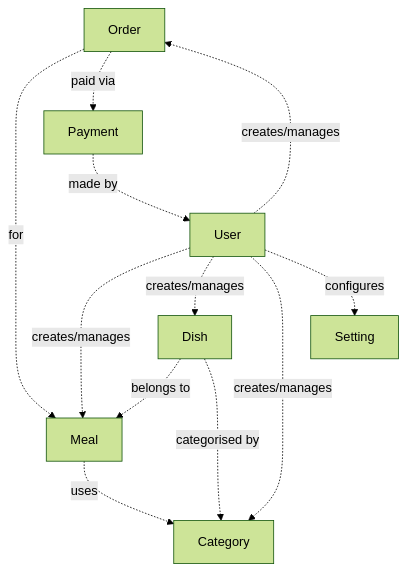
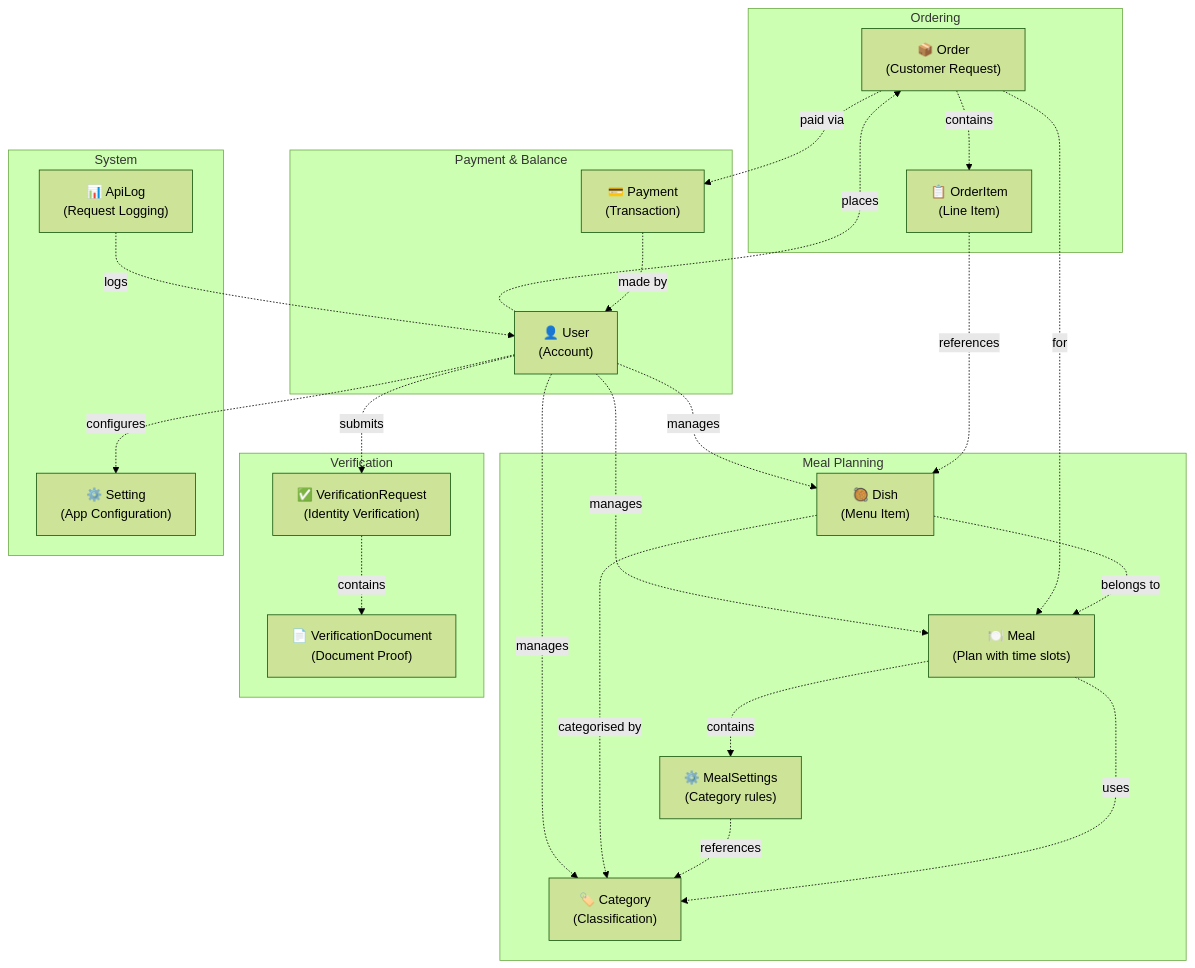
Before and after one commit to TieHung23/SmartCanteen: the diagram in AI/conceptual_diagram.md, drawn with Mermaid (forest theme). The commit also changed other lines of this file and 22 other files, not shown here.

````diff
--- a/AI/conceptual_diagram.md
+++ b/AI/conceptual_diagram.md
@@ -5,17 +5,53 @@
 ```mermaid
 graph TB
+    subgraph "Meal Planning"
+        Meal["🍽️ Meal<br/>(Plan with time slots)"]
+        Dish["🥘 Dish<br/>(Menu Item)"]
+        Category["🏷️ Category<br/>(Classification)"]
+        MealSettings["⚙️ MealSettings<br/>(Category rules)"]
+    end
+
+    subgraph "Ordering"
+        Order["📦 Order<br/>(Customer Request)"]
+        OrderItem["📋 OrderItem<br/>(Line Item)"]
+    end
+
+    subgraph "Payment & Balance"
+        Payment["💳 Payment<br/>(Transaction)"]
+        User["👤 User<br/>(Account)"]
+    end
+
+    subgraph "Verification"
+        VerificationRequest["✅ VerificationRequest<br/>(Identity Verification)"]
+        VerificationDocument["📄 VerificationDocument<br/>(Document Proof)"]
+    end
+
+    subgraph "System"
+        Setting["⚙️ Setting<br/>(App Configuration)"]
+        ApiLog["📊 ApiLog<br/>(Request Logging)"]
+    end
+
     Meal -. "uses" .-> Category
+    Meal -. "contains" .-> MealSettings
+    MealSettings -. "references" .-> Category
+
     Dish -. "belongs to" .-> Meal
     Dish -. "categorised by" .-> Category
-    
+
     Order -. "for" .-> Meal
+    Order -. "contains" .-> OrderItem
+    OrderItem -. "references" .-> Dish
     Order -. "paid via" .-> Payment
-    
+
     Payment -. "made by" .-> User
-    
-    User -. "creates/manages" .-> Order
-    User -. "creates/manages" .-> Meal
-    User -. "creates/manages" .-> Dish
-    User -. "creates/manages" .-> Category
+
+    User -. "places" .-> Order
+    User -. "submits" .-> VerificationRequest
+    VerificationRequest -. "contains" .-> VerificationDocument
+
+    User -. "manages" .-> Meal
+    User -. "manages" .-> Dish
+    User -. "manages" .-> Category
     User -. "configures" .-> Setting
+    ApiLog -. "logs" .-> User
 ```
````
